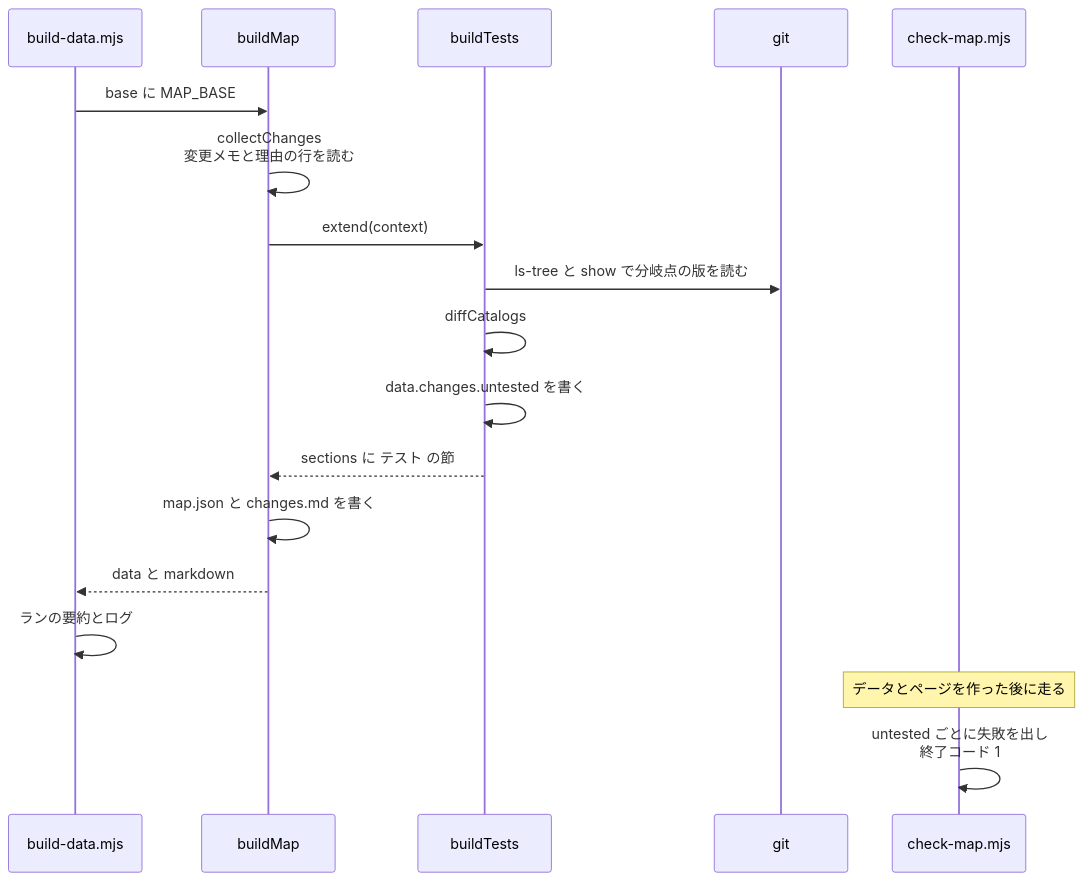
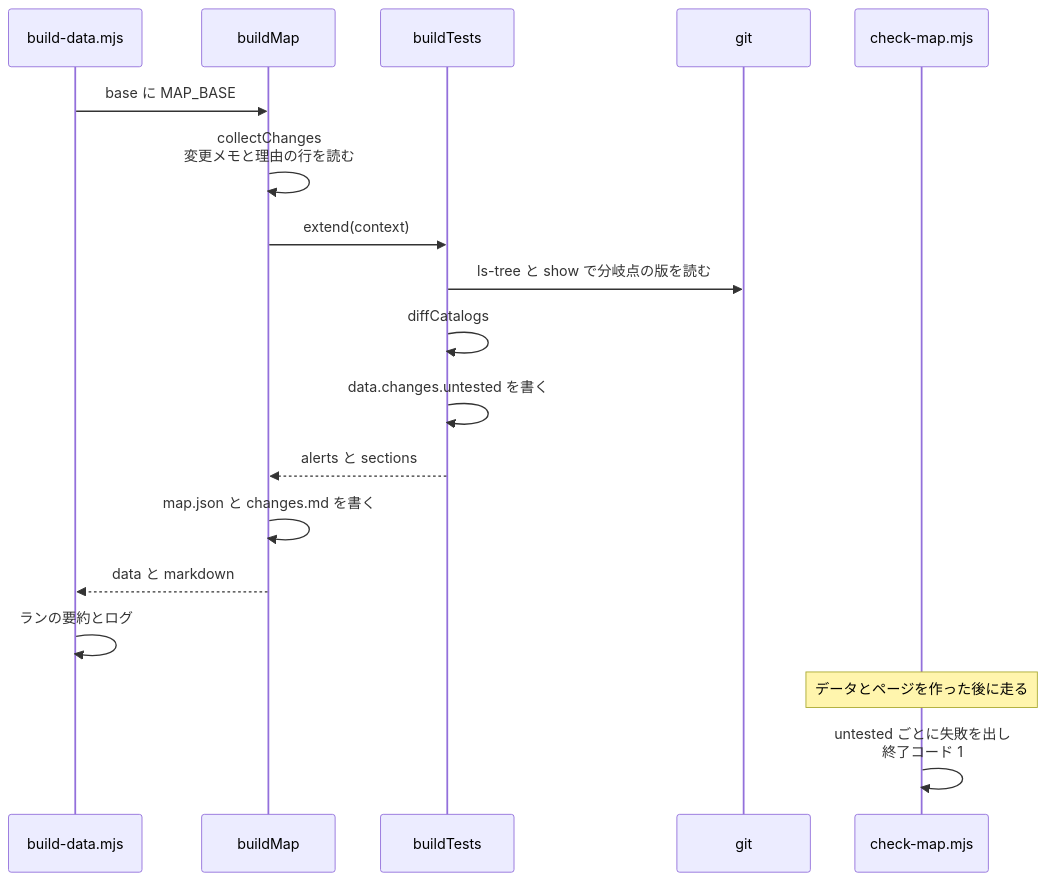
Before and after one commit to maronnjapan/maronn-openid-connect: diagram 19 of 21 in apps/tests/docs/04-pull-request.md, drawn with Mermaid. The commit also changed other lines of this file and 6 other files, not shown here.

````diff
--- a/apps/tests/docs/04-pull-request.md
+++ b/apps/tests/docs/04-pull-request.md
@@ -1171,20 +1209,20 @@
 ```mermaid
 sequenceDiagram
   participant S as build-data.mjs
   participant B as buildMap
   participant T as buildTests
   participant G as git
   participant C as check-map.mjs
   S->>B: base に MAP_BASE
   B->>B: collectChanges<br/>変更メモと理由の行を読む
   B->>T: extend(context)
   T->>G: ls-tree と show で分岐点の版を読む
   T->>T: diffCatalogs
   T->>T: data.changes.untested を書く
-  T-->>B: sections に テスト の節
+  T-->>B: alerts と sections
   B->>B: map.json と changes.md を書く
   B-->>S: data と markdown
   S->>S: ランの要約とログ
   Note over C: データとページを作った後に走る
   C->>C: untested ごとに失敗を出し<br/>終了コード 1
 ```
````
